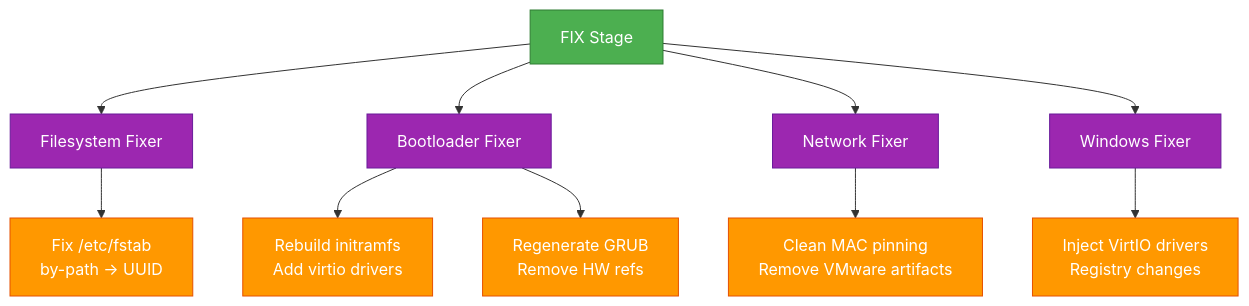
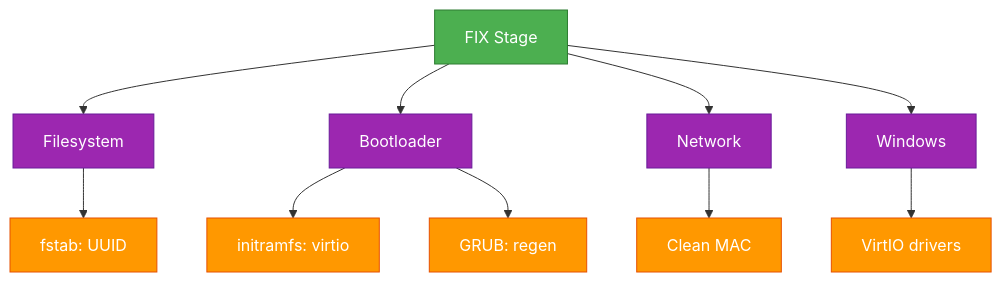
Before and after one commit to ssahani/hyper2kvm: the fourth of 9 diagrams in docs/presentation/pipeline-architecture.md, drawn with Mermaid. The commit also changed other lines of this file, not shown here.

First line of the commit message:
fix: Completely rewrite Mermaid diagrams for GitHub compatibility

````diff
--- a/docs/presentation/pipeline-architecture.md
+++ b/docs/presentation/pipeline-architecture.md
@@ -153,21 +162,21 @@
 ```mermaid
 graph TD
-    FIX[FIX Stage] --> FS[Filesystem Fixer]
-    FIX --> BL[Bootloader Fixer]
-    FIX --> NET[Network Fixer]
-    FIX --> WIN[Windows Fixer]
+    FIX[FIX Stage] --> FS[Filesystem]
+    FIX --> BL[Bootloader]
+    FIX --> NET[Network]
+    FIX --> WIN[Windows]
 
-    FS --> F1[Fix /etc/fstab<br/>by-path → UUID]
-    BL --> F2[Rebuild initramfs<br/>Add virtio drivers]
-    BL --> F3[Regenerate GRUB<br/>Remove HW refs]
-    NET --> F4[Clean MAC pinning<br/>Remove VMware artifacts]
-    WIN --> F5[Inject VirtIO drivers<br/>Registry changes]
+    FS --> F1[fstab: UUID]
+    BL --> F2[initramfs: virtio]
+    BL --> F3[GRUB: regen]
+    NET --> F4[Clean MAC]
+    WIN --> F5[VirtIO drivers]
 
     classDef stage fill:#4CAF50,stroke:#2E7D32,color:#fff
     classDef subsystem fill:#9C27B0,stroke:#6A1B9A,color:#fff
     classDef fix fill:#FF9800,stroke:#E65100,color:#fff
 
     class FIX stage
     class FS,BL,NET,WIN subsystem
     class F1,F2,F3,F4,F5 fix
 ```
````
